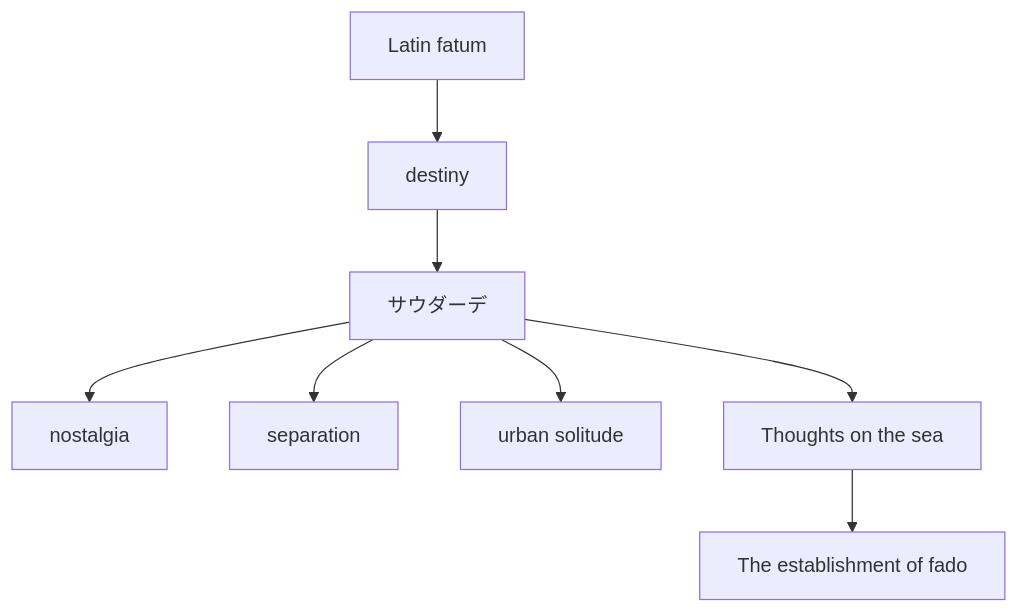
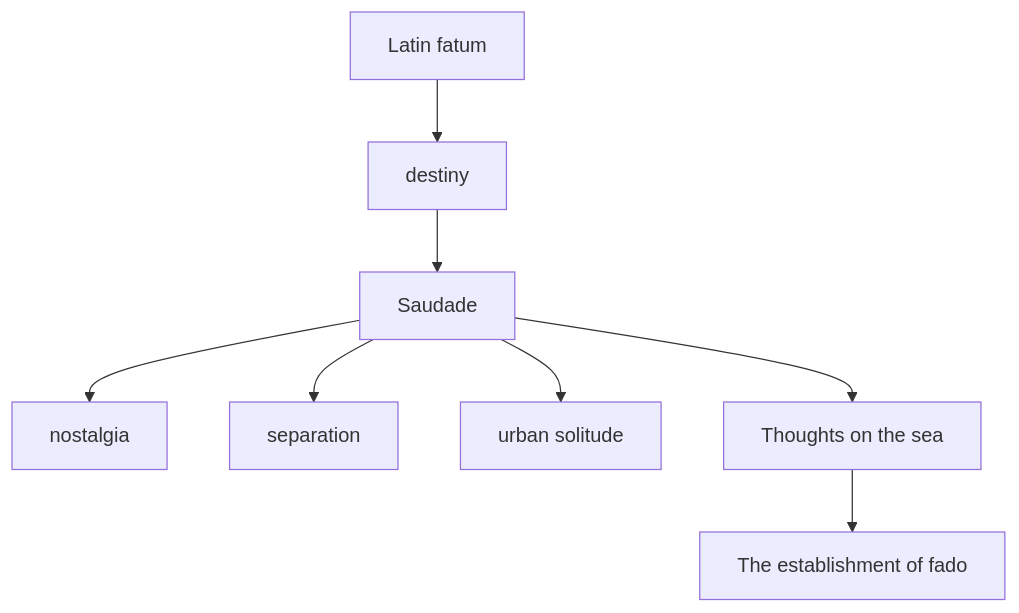
The first of 12 diagrams in en/_posts/2026-05-16-column-fado.md (monumental-movement/monumental-movement.github.io), drawn with Mermaid before and after one commit. The commit also changed other lines of this file and 851 other files, not shown here.

```diff
--- a/en/_posts/2026-05-16-column-fado.md
+++ b/en/_posts/2026-05-16-column-fado.md
@@ -57,10 +58,10 @@
 <div class="mermaid">
 graph TD
 A[Latin fatum] --> B[destiny]
-B --> C[サウダーデ]
+B --> C[Saudade]
 C --> D[nostalgia]
 C --> E[separation]
 C --> F[urban solitude]
 C --> G[Thoughts on the sea]
 G --> H[The establishment of fado]
 </div>
```
